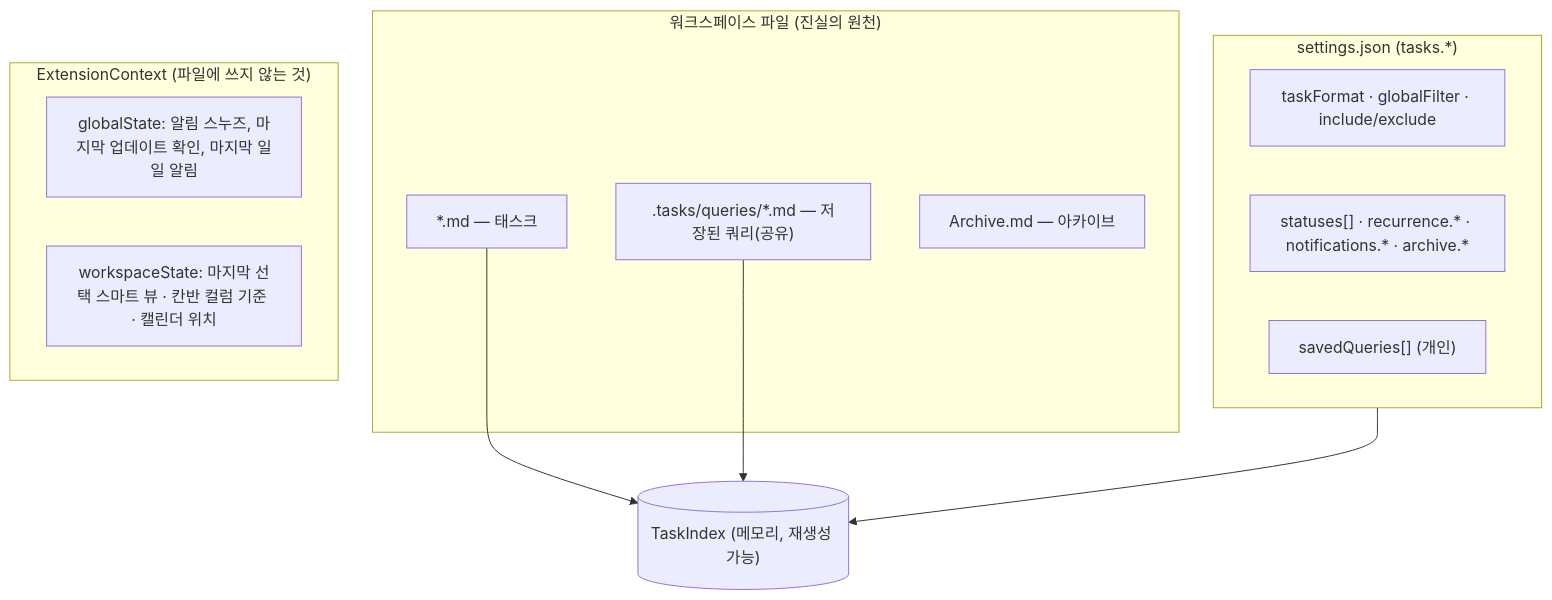
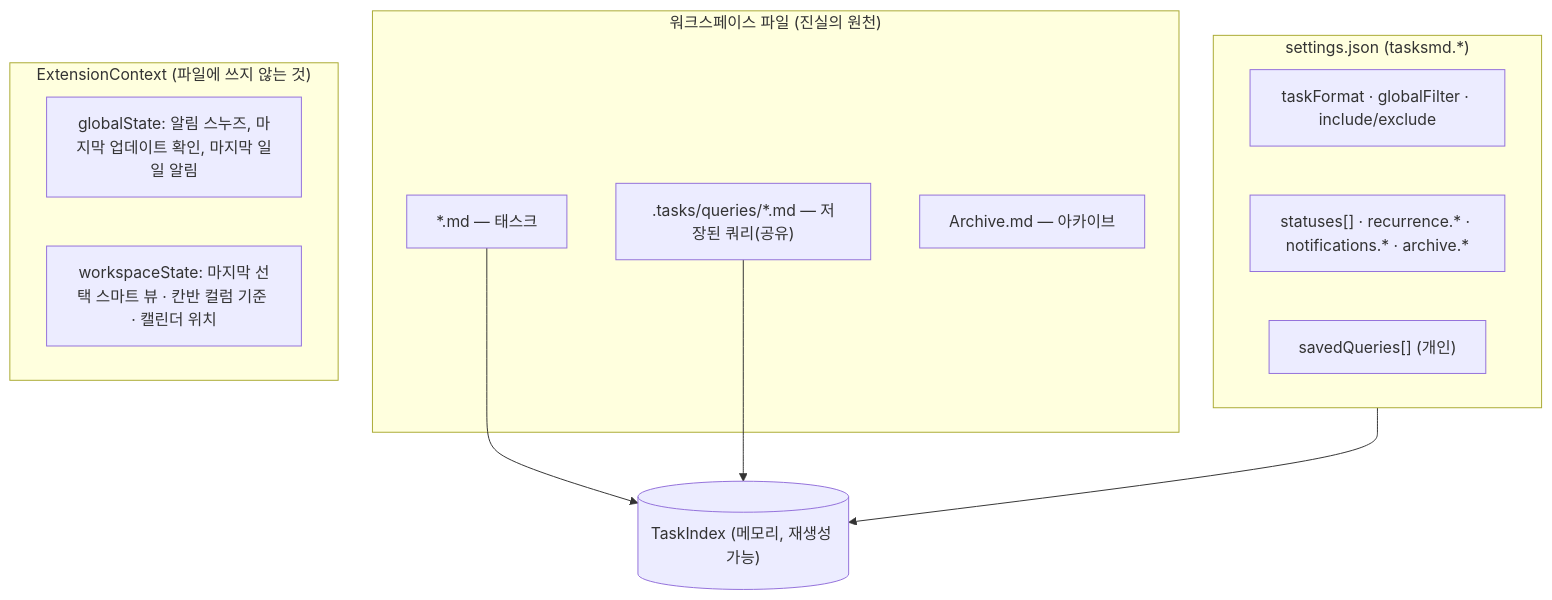
One commit to W-Leester/tasks-for-markdown changed diagram 13 of 15 in docs/design.md. Above: the diagram before and after it, drawn with Mermaid. The commit also changed other lines of this file and 9 other files, not shown here.

First line of the commit message:
M1.1: settings module and configuration schema

````diff
--- a/docs/design.md
+++ b/docs/design.md
@@ -670,21 +670,21 @@
 ```mermaid
 flowchart TB
     subgraph Files["워크스페이스 파일 (진실의 원천)"]
         MD["*.md — 태스크"]
         Q[".tasks/queries/*.md — 저장된 쿼리(공유)"]
         AR["Archive.md — 아카이브"]
     end
-    subgraph Settings["settings.json (tasks.*)"]
+    subgraph Settings["settings.json (tasksmd.*)"]
         S1["taskFormat · globalFilter · include/exclude"]
         S2["statuses[] · recurrence.* · notifications.* · archive.*"]
         S3["savedQueries[] (개인)"]
     end
     subgraph State["ExtensionContext (파일에 쓰지 않는 것)"]
         GS["globalState: 알림 스누즈, 마지막 업데이트 확인, 마지막 일일 알림"]
         WS["workspaceState: 마지막 선택 스마트 뷰 · 칸반 컬럼 기준 · 캘린더 위치"]
     end
     IDX[("TaskIndex (메모리, 재생성 가능)")]
     MD --> IDX
     Q --> IDX
     Settings --> IDX
 ```
````
